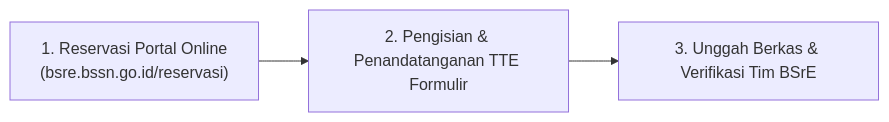
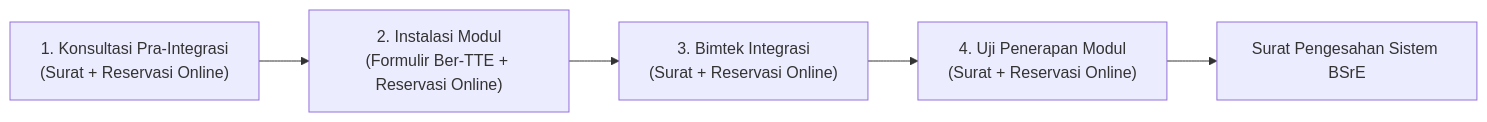
The diagram in docs/10_payment_gateway_h2h/BSRE/06_SOP_RESERVASI_DAN_FORMULIR_PENDAFTARAN.md (arif-rizal1122/retribusi-api), drawn with Mermaid before and after one commit. The commit also changed other lines of this file and 26 other files, not shown here.

Commit message:
docs(bsre): selaraskan 11 standar kesiapan integrasi BSrE BSSN dan rapihkan slide gambar

````diff
--- a/docs/10_payment_gateway_h2h/BSRE/06_SOP_RESERVASI_DAN_FORMULIR_PENDAFTARAN.md
+++ b/docs/10_payment_gateway_h2h/BSRE/06_SOP_RESERVASI_DAN_FORMULIR_PENDAFTARAN.md
@@ -9,8 +11,10 @@
 ```mermaid
 flowchart LR
-    L1["1. Reservasi Portal Online<br/>(bsre.bssn.go.id/reservasi)"]
-    L2["2. Pengisian & Penandatanganan TTE Formulir"]
-    L3["3. Unggah Berkas & Verifikasi Tim BSrE"]
-    
-    L1 --> L2 --> L3
+    T1["1. Konsultasi Pra-Integrasi<br/>(Surat + Reservasi Online)"]
+    T2["2. Instalasi Modul<br/>(Formulir Ber-TTE + Reservasi Online)"]
+    T3["3. Bimtek Integrasi<br/>(Surat + Reservasi Online)"]
+    T4["4. Uji Penerapan Modul<br/>(Surat + Reservasi Online)"]
+    SERT["Surat Pengesahan Sistem BSrE"]
+
+    T1 --> T2 --> T3 --> T4 --> SERT
 ```
````
